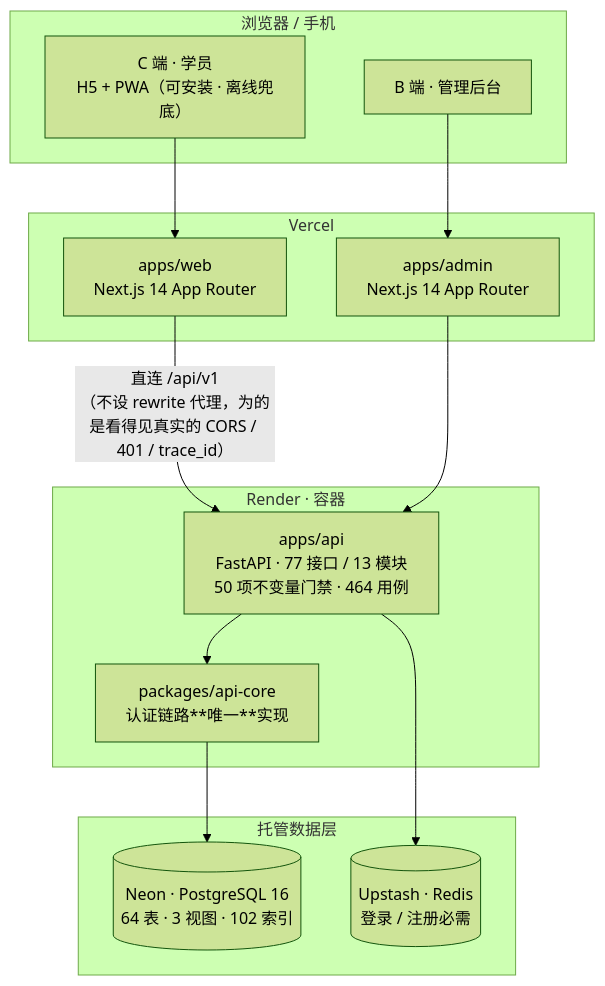
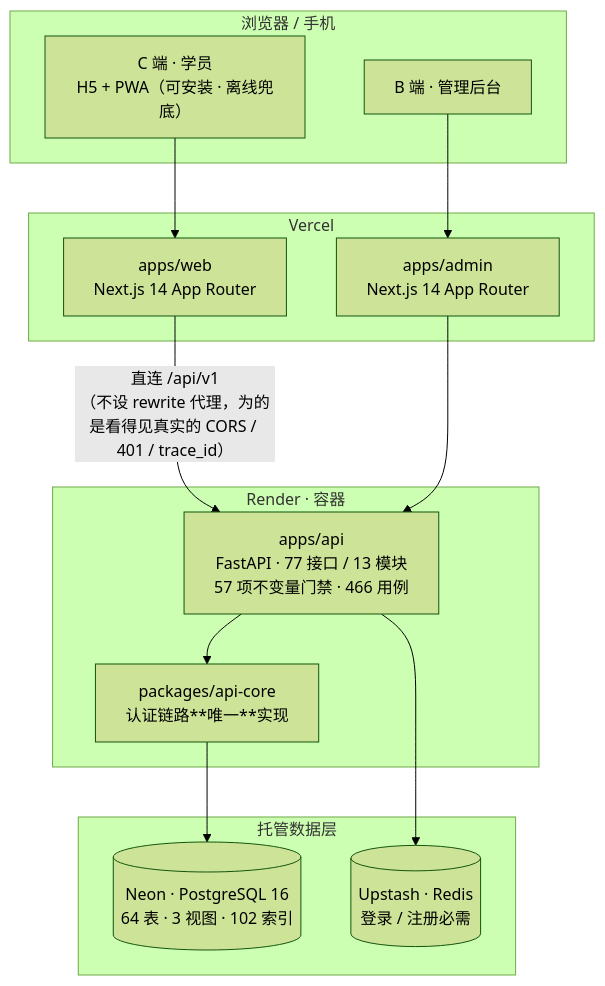
One commit to windsleep1/yijian-platform changed the diagram in README.md. Above: the diagram before and after it, drawn with Mermaid (forest theme). The commit also changed other lines of this file and 3 other files, not shown here.

````diff
--- a/README.md
+++ b/README.md
@@ -37,30 +37,30 @@
 ```mermaid
 flowchart TB
     subgraph client["浏览器 / 手机"]
         A["C 端 · 学员<br/>H5 + PWA（可安装 · 离线兜底）"]
         B["B 端 · 管理后台"]
     end
 
     subgraph fe["Vercel"]
         W["apps/web<br/>Next.js 14 App Router"]
         D["apps/admin<br/>Next.js 14 App Router"]
     end
 
     subgraph be["Render · 容器"]
-        API["apps/api<br/>FastAPI · 77 接口 / 13 模块<br/>50 项不变量门禁 · 464 用例"]
+        API["apps/api<br/>FastAPI · 77 接口 / 13 模块<br/>57 项不变量门禁 · 466 用例"]
         CORE["packages/api-core<br/>认证链路**唯一**实现"]
     end
 
     subgraph data["托管数据层"]
         PG[("Neon · PostgreSQL 16<br/>64 表 · 3 视图 · 102 索引")]
         RD[("Upstash · Redis<br/>登录 / 注册必需")]
     end
 
     A --> W
     B --> D
     W -->|"直连 /api/v1<br/>（不设 rewrite 代理，为的是看得见真实的 CORS / 401 / trace_id）"| API
     D --> API
     API --> CORE
     CORE --> PG
     API --> RD
 ```
````
